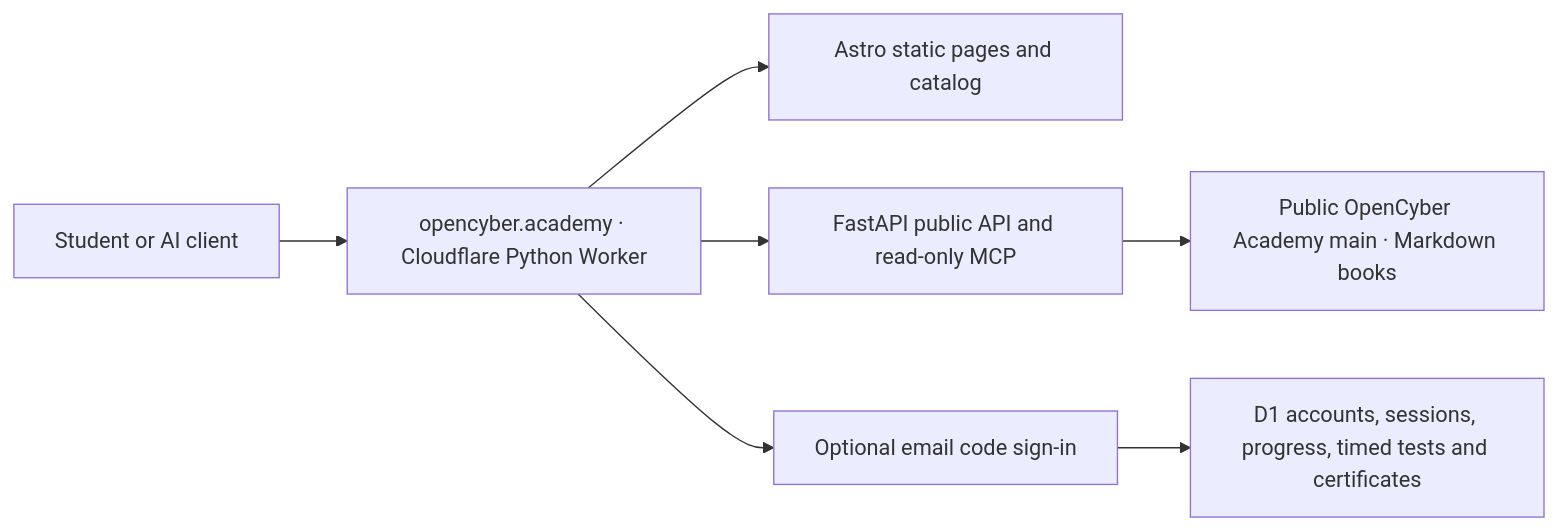
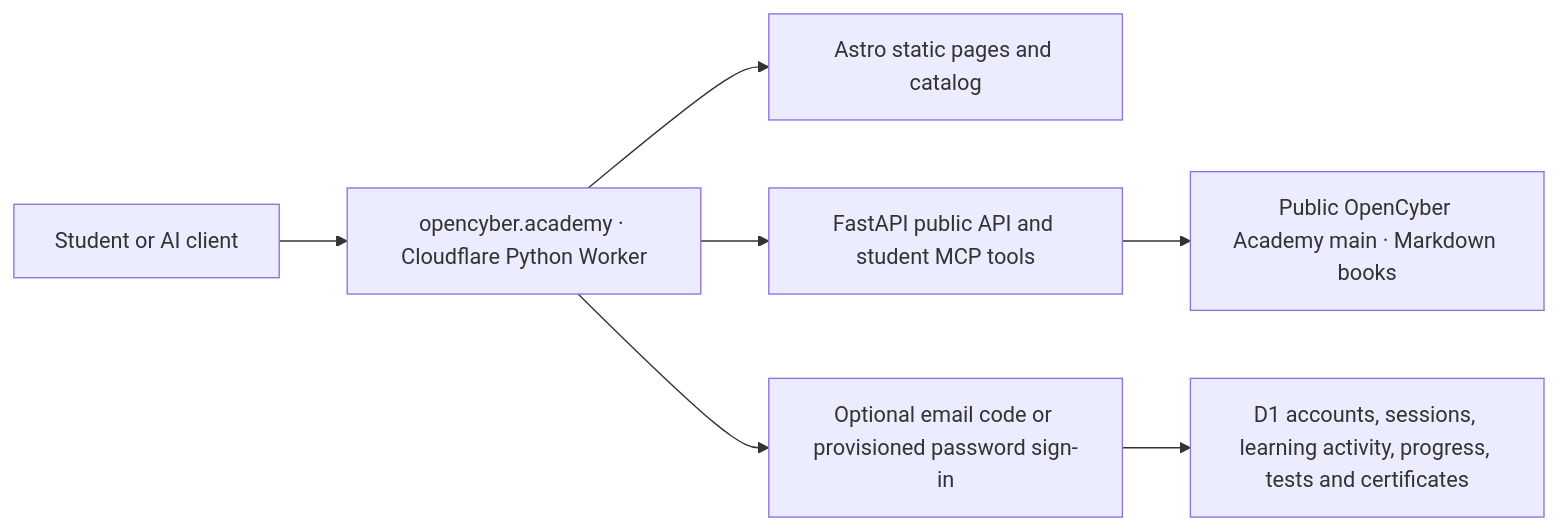
Before and after one commit to hiagokinlevi/CyKin: the diagram in web/README.md, drawn with Mermaid. The commit also changed other lines of this file and 20 other files, not shown here.

Commit message:
Track student learning and enable private MCP study sessions

````diff
--- a/web/README.md
+++ b/web/README.md
@@ -7,9 +7,9 @@
 ```mermaid
 flowchart LR
     Reader[Student or AI client] --> Worker[opencyber.academy · Cloudflare Python Worker]
     Worker --> Assets[Astro static pages and catalog]
-    Worker --> API[FastAPI public API and read-only MCP]
+    Worker --> API[FastAPI public API and student MCP tools]
     API --> Books[Public OpenCyber Academy main · Markdown books]
-    Worker --> Auth[Optional email code sign-in]
-    Auth --> D1[D1 accounts, sessions, progress, timed tests and certificates]
+    Worker --> Auth[Optional email code or provisioned password sign-in]
+    Auth --> D1[D1 accounts, sessions, learning activity, progress, tests and certificates]
 ```
````
